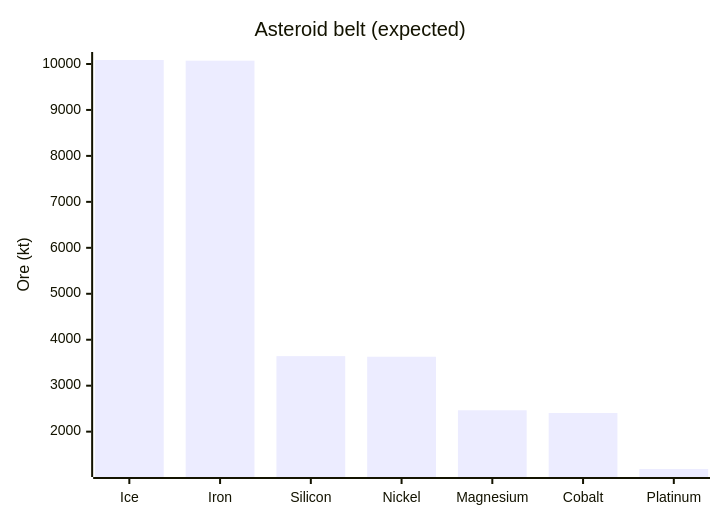
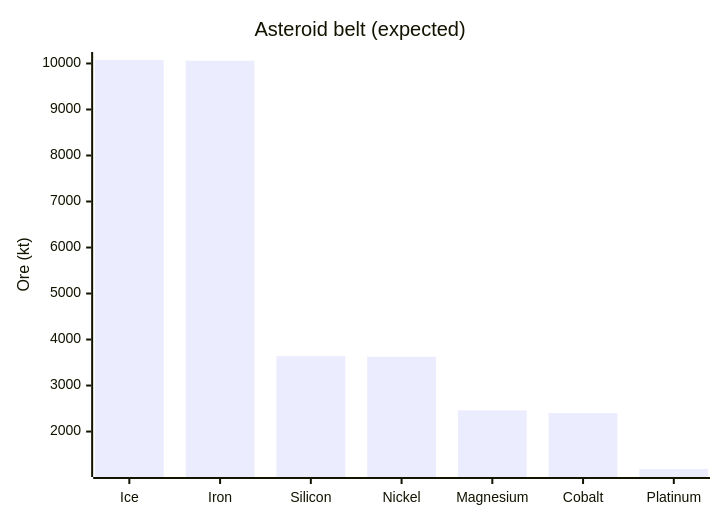
Before and after one commit to CometWorks/worlds: the third of 4 diagrams in octahedron/ORES.md, drawn with Mermaid. The commit also changed other lines of this file and 2005 other files, not shown here.

````diff
--- a/octahedron/ORES.md
+++ b/octahedron/ORES.md
@@ -92,7 +92,7 @@
 ```mermaid
 xychart-beta
     title "Asteroid belt (expected)"
     x-axis ["Ice", "Iron", "Silicon", "Nickel", "Magnesium", "Cobalt", "Platinum"]
     y-axis "Ore (kt)"
-    bar [10086.6, 10072.1, 3643.0, 3629.9, 2464.6, 2406.3, 1187.3]
+    bar [10075.7, 10061.1, 3639.1, 3625.9, 2461.9, 2403.7, 1186.0]
 ```
````
